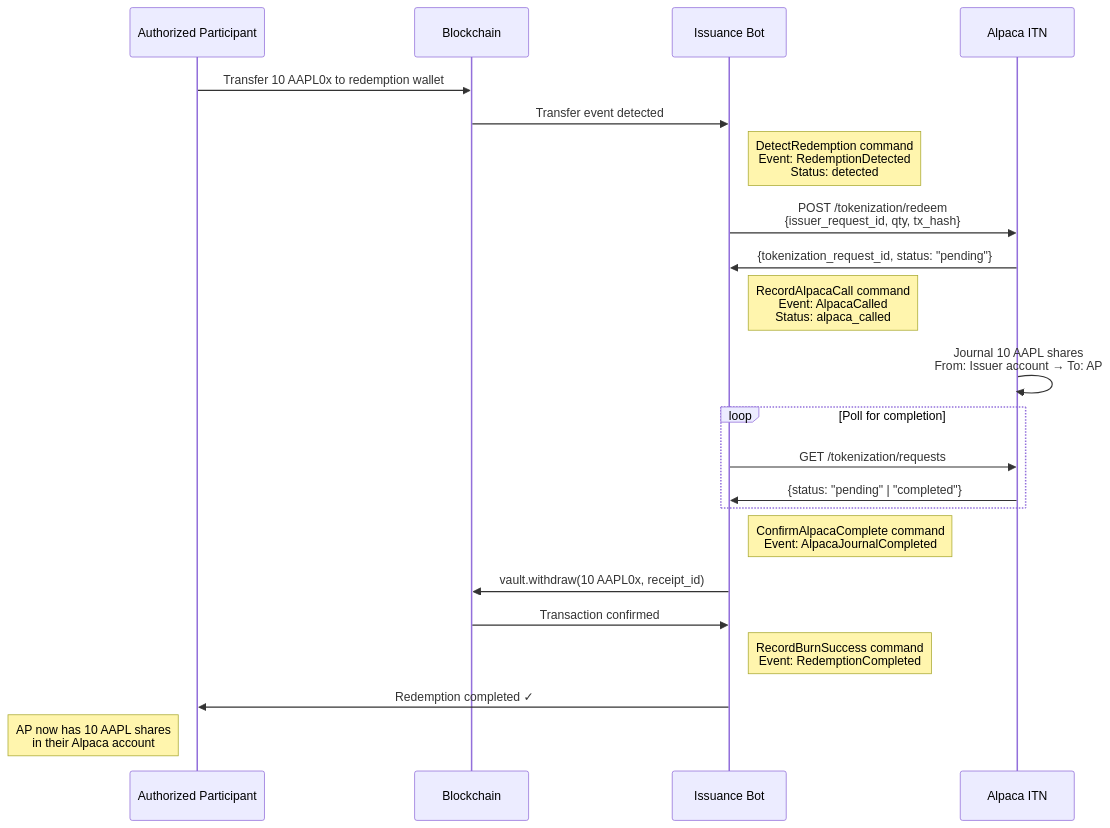
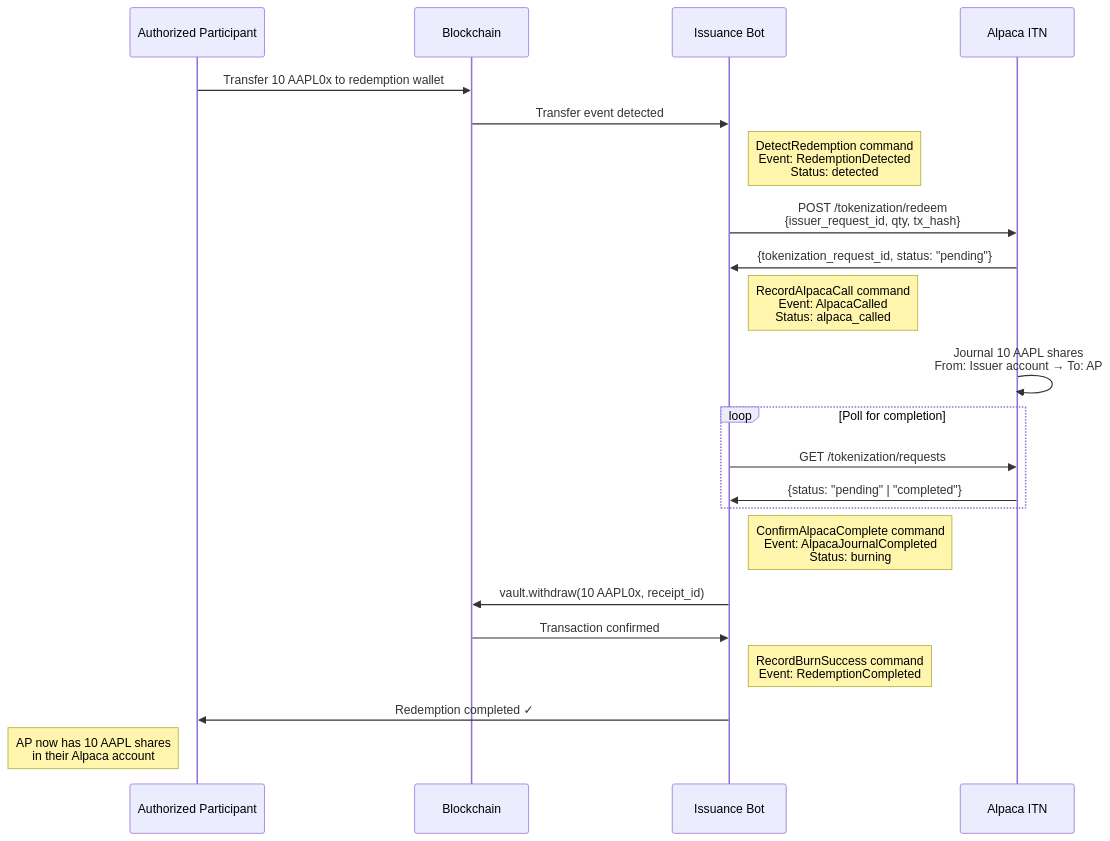
The fourth of 6 diagrams in SPEC.md (ST0x-Technology/st0x.issuance), drawn with Mermaid before and after one commit. The commit also changed other lines of this file and 1 other file, not shown here.

````diff
--- a/SPEC.md
+++ b/SPEC.md
@@ -766,31 +766,31 @@
 ```mermaid
 sequenceDiagram
     participant AP as Authorized Participant
     participant Blockchain as Blockchain
     participant Us as Issuance Bot
     participant Alpaca as Alpaca ITN
 
     AP->>Blockchain: Transfer 10 AAPL0x to redemption wallet
     Blockchain->>Us: Transfer event detected
     Note right of Us: DetectRedemption command<br/>Event: RedemptionDetected<br/>Status: detected
 
     Us->>Alpaca: POST /tokenization/redeem<br/>{issuer_request_id, qty, tx_hash}
     Alpaca->>Us: {tokenization_request_id, status: "pending"}
     Note right of Us: RecordAlpacaCall command<br/>Event: AlpacaCalled<br/>Status: alpaca_called
 
     Alpaca->>Alpaca: Journal 10 AAPL shares<br/>From: Issuer account → To: AP
 
     loop Poll for completion
         Us->>Alpaca: GET /tokenization/requests
         Alpaca->>Us: {status: "pending" | "completed"}
     end
 
-    Note right of Us: ConfirmAlpacaComplete command<br/>Event: AlpacaJournalCompleted
+    Note right of Us: ConfirmAlpacaComplete command<br/>Event: AlpacaJournalCompleted<br/>Status: burning
 
     Us->>Blockchain: vault.withdraw(10 AAPL0x, receipt_id)
     Blockchain->>Us: Transaction confirmed
     Note right of Us: RecordBurnSuccess command<br/>Event: RedemptionCompleted
 
     Us->>AP: Redemption completed ✓
     Note left of AP: AP now has 10 AAPL shares<br/>in their Alpaca account
 ```
````
